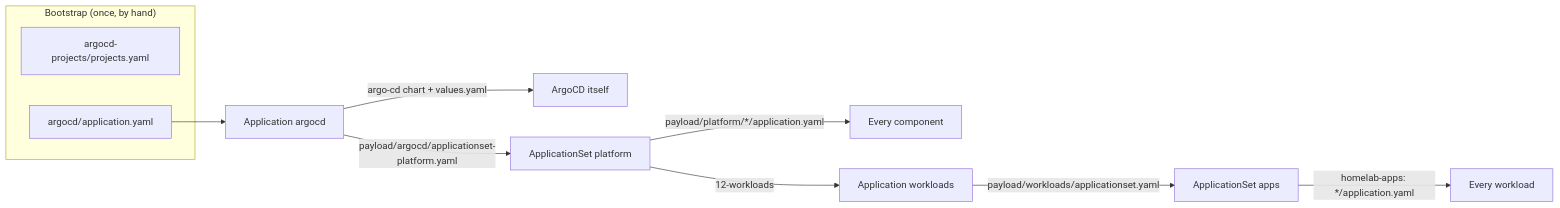
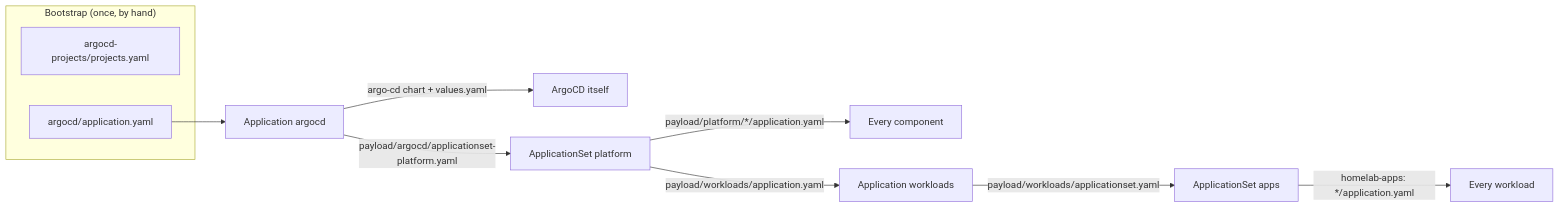
One commit to JanWelker/homelab changed the diagram in docs/architecture/gitops.md. Above: the diagram before and after it, drawn with Mermaid. The commit also changed other lines of this file and 63 other files, not shown here.

````diff
--- a/docs/architecture/gitops.md
+++ b/docs/architecture/gitops.md
@@ -13,15 +12,15 @@
 ```mermaid
 flowchart LR
     subgraph "Bootstrap (once, by hand)"
         PJ[argocd-projects/projects.yaml]
         AA[argocd/application.yaml]
     end
 
     AA --> AR[Application argocd]
     AR --> |"argo-cd chart + values.yaml"| SELF[ArgoCD itself]
     AR --> |"payload/argocd/applicationset-platform.yaml"| AS[ApplicationSet platform]
     AS --> |"payload/platform/*/application.yaml"| INFRA[Every component]
-    AS --> |"12-workloads"| WA[Application workloads]
+    AS --> |"payload/workloads/application.yaml"| WA[Application workloads]
     WA --> |"payload/workloads/applicationset.yaml"| APPS[ApplicationSet apps]
     APPS --> |"homelab-apps: */application.yaml"| WL[Every workload]
 ```
````
